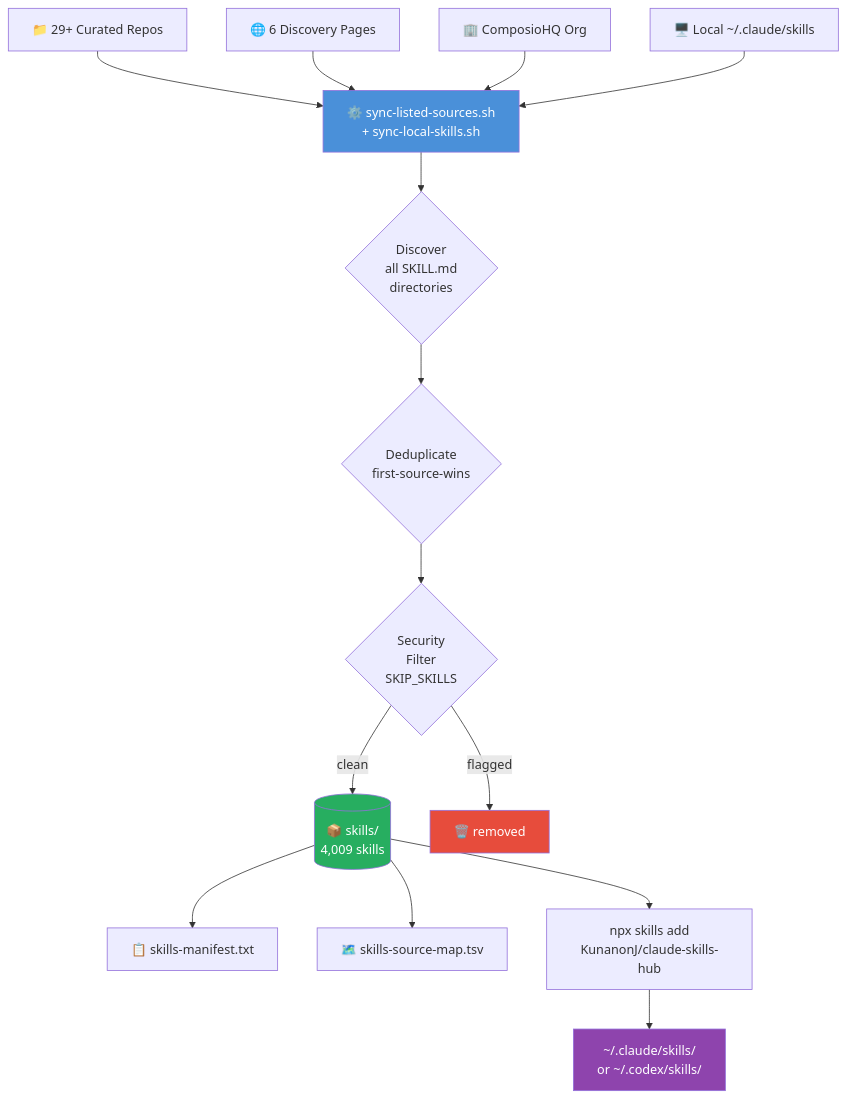
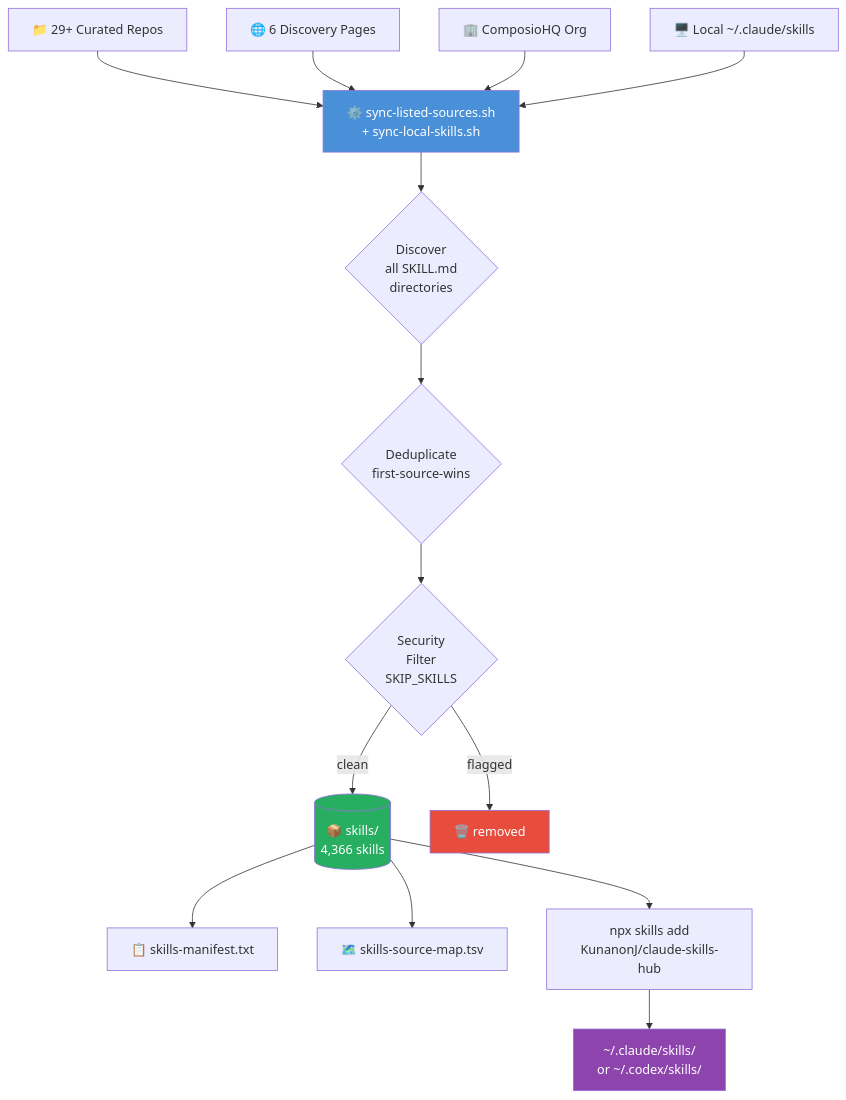
The second of 4 diagrams in README.md (KunanonJ/claude-skills-hub), drawn with Mermaid before and after one commit. The commit also changed other lines of this file, not shown here.

First line of the commit message:
docs: update README to v4.3.0 — 4,366 skills, 49 plugins, 37+ sources

````diff
--- a/README.md
+++ b/README.md
@@ -111,27 +125,27 @@
 ```mermaid
 flowchart TD
     A1[📁 29+ Curated Repos] --> S
     A2[🌐 6 Discovery Pages] --> S
     A3[🏢 ComposioHQ Org] --> S
     A4[🖥️ Local ~/.claude/skills] --> S
 
     S[⚙️ sync-listed-sources.sh\n+ sync-local-skills.sh]
 
     S --> D1{Discover\nall SKILL.md\ndirectories}
     D1 --> D2{Deduplicate\nfirst-source-wins}
     D2 --> D3{Security\nFilter\nSKIP_SKILLS}
 
-    D3 -->|clean| OUT[(📦 skills/\n4,009 skills)]
+    D3 -->|clean| OUT[(📦 skills/\n4,366 skills)]
     D3 -->|flagged| BIN[🗑️ removed]
 
     OUT --> M[📋 skills-manifest.txt]
     OUT --> T[🗺️ skills-source-map.tsv]
     OUT --> I[npx skills add\nKunanonJ/claude-skills-hub]
 
     I --> LOCAL[~/.claude/skills/\nor ~/.codex/skills/]
 
     style S fill:#4A90D9,color:#fff
     style OUT fill:#27AE60,color:#fff
     style BIN fill:#E74C3C,color:#fff
     style LOCAL fill:#8E44AD,color:#fff
 ```
````
